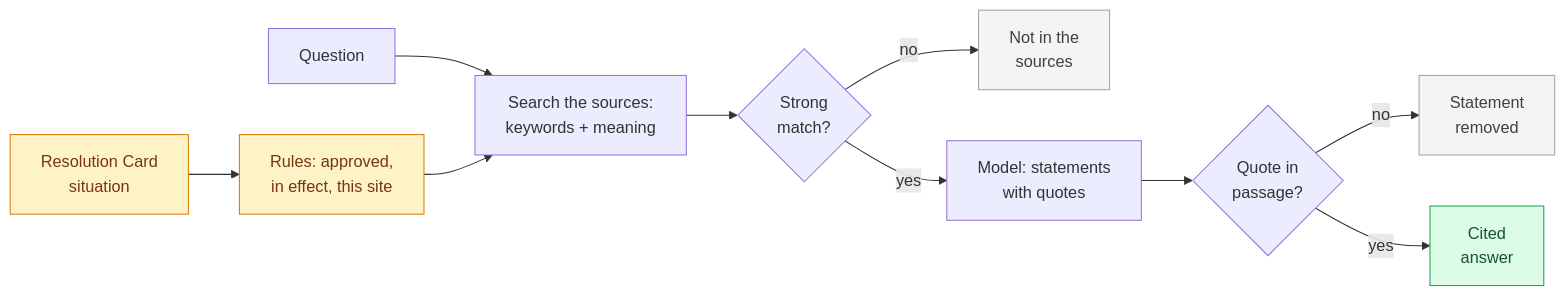
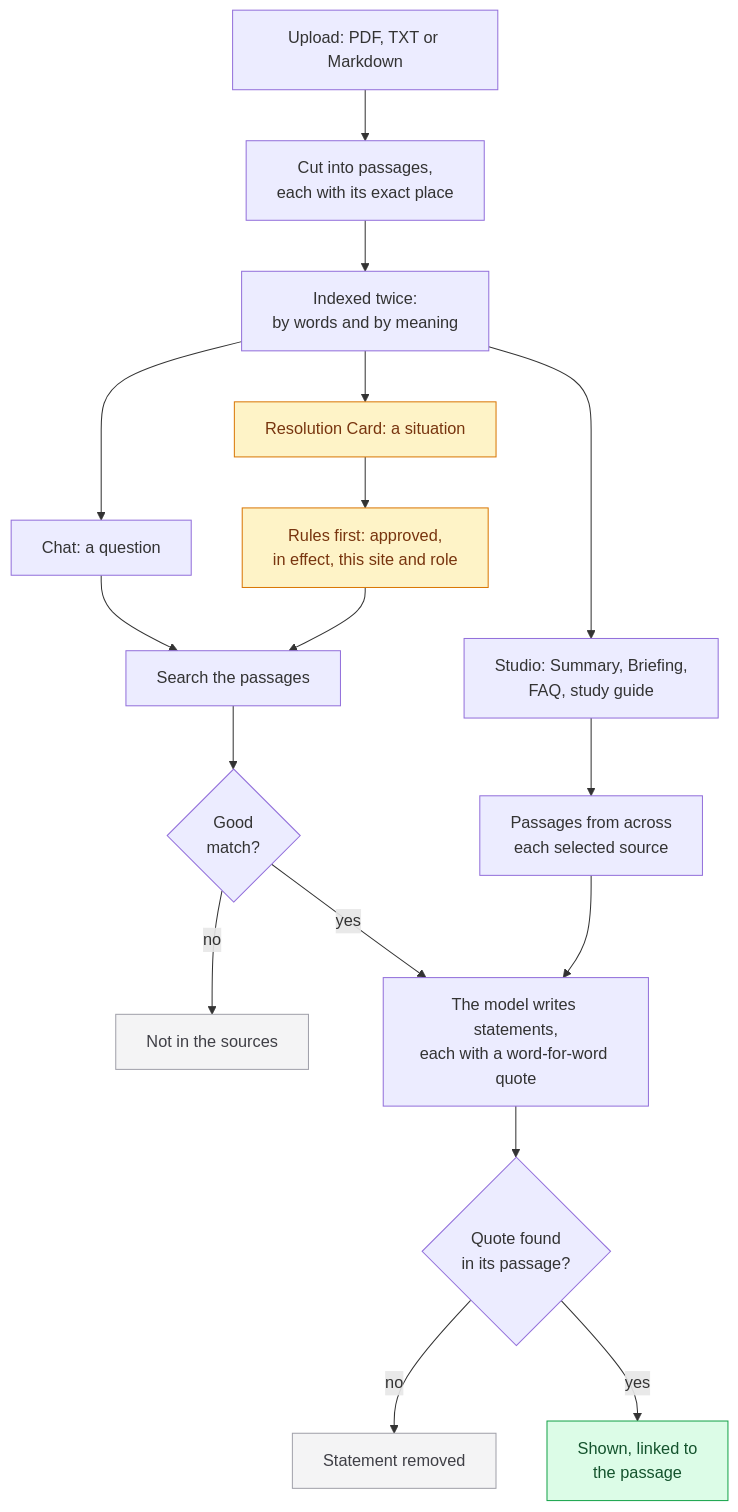
Before and after one commit to remkostas/Controlled-Copy: the diagram in README.md, drawn with Mermaid. The commit also changed other lines of this file, not shown here.

Commit message:
README: how it works, in plain words and with Studio
The diagram now shows the upload and all three ways in: chat, Studio and
the Resolution Card. The text below it says what each step does instead
of naming components.

````diff
--- a/README.md
+++ b/README.md
@@ -30,18 +30,23 @@
 ```mermaid
-flowchart LR
-    Q["Question"] --> S["Search the sources:<br/>keywords + meaning"]
-    C["Resolution Card<br/>situation"] --> R["Rules: approved,<br/>in effect, this site"]
+flowchart TD
+    U["Upload: PDF, TXT or Markdown"] --> P["Cut into passages,<br/>each with its exact place"]
+    P --> I["Indexed twice:<br/>by words and by meaning"]
+    I --> Q & ST & C
+    Q["Chat: a question"] --> S["Search the passages"]
+    C["Resolution Card: a situation"] --> R["Rules first: approved,<br/>in effect, this site and role"]
     R --> S
-    S --> F{"Strong<br/>match?"}
-    F -- no --> N["Not in the<br/>sources"]
-    F -- yes --> M["Model: statements<br/>with quotes"]
-    M --> V{"Quote in<br/>passage?"}
-    V -- no --> X["Statement<br/>removed"]
-    V -- yes --> A["Cited<br/>answer"]
+    S --> F{"Good<br/>match?"}
+    F -- no --> N["Not in the sources"]
+    F -- yes --> M
+    ST["Studio: Summary, Briefing,<br/>FAQ, study guide"] --> SP["Passages from across<br/>each selected source"]
+    SP --> M["The model writes statements,<br/>each with a word-for-word quote"]
+    M --> V{"Quote found<br/>in its passage?"}
+    V -- no --> X["Statement removed"]
+    V -- yes --> A["Shown, linked to<br/>the passage"]
     classDef stop fill:#f4f4f5,stroke:#a1a1aa,color:#3f3f46
     classDef done fill:#dcfce7,stroke:#16a34a,color:#14532d
     classDef rule fill:#fef3c7,stroke:#d97706,color:#78350f
     class N,X stop
     class A done
     class C,R rule
 ```
````
